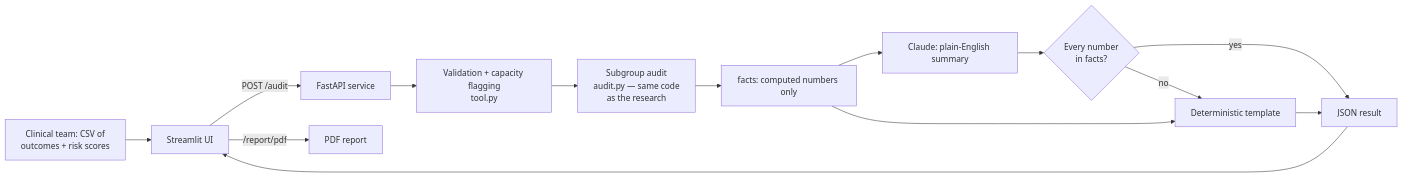
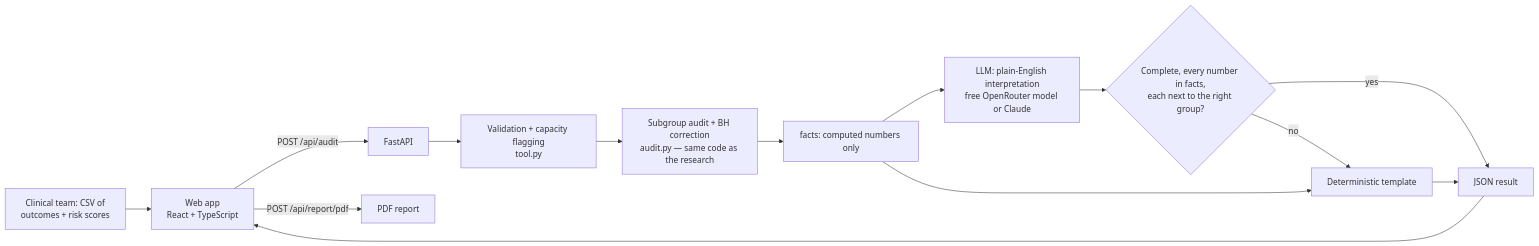
One commit to dhvani1403/Clinical-Fairness-Audit changed the diagram in README.md. Above: the diagram before and after it, drawn with Mermaid. The commit also changed other lines of this file and 42 other files, not shown here.

First line of the commit message:
Add evals, free-model AI interpretations, and a purpose-built web app

````diff
--- a/README.md
+++ b/README.md
@@ -266,15 +279,15 @@
 ```mermaid
 flowchart LR
-    U[Clinical team: CSV of<br/>outcomes + risk scores] --> S[Streamlit UI]
-    S -- "POST /audit" --> A[FastAPI service]
+    U[Clinical team: CSV of<br/>outcomes + risk scores] --> W[Web app<br/>React + TypeScript]
+    W -- "POST /api/audit" --> A[FastAPI]
     A --> V[Validation + capacity flagging<br/>tool.py]
-    V --> AU[Subgroup audit<br/>audit.py — same code<br/>as the research]
+    V --> AU[Subgroup audit + BH correction<br/>audit.py — same code as the research]
     AU --> F[facts: computed numbers only]
-    F --> L[Claude: plain-English summary]
-    L --> C{Every number<br/>in facts?}
+    F --> L[LLM: plain-English interpretation<br/>free OpenRouter model or Claude]
+    L --> C{Complete, every number in facts,<br/>each next to the right group?}
     C -- yes --> R[JSON result]
     C -- no --> T[Deterministic template] --> R
     F --> T
-    R --> S
-    S -- "/report/pdf" --> P[PDF report]
+    R --> W
+    W -- "POST /api/report/pdf" --> P[PDF report]
 ```
````
